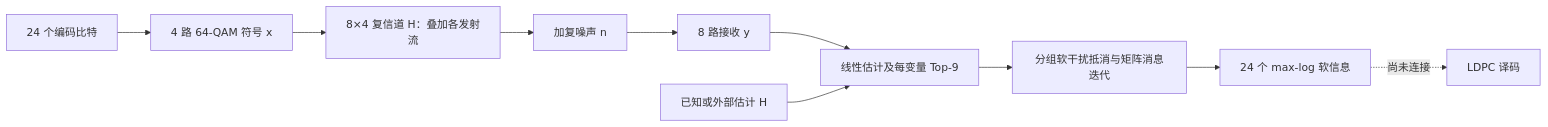
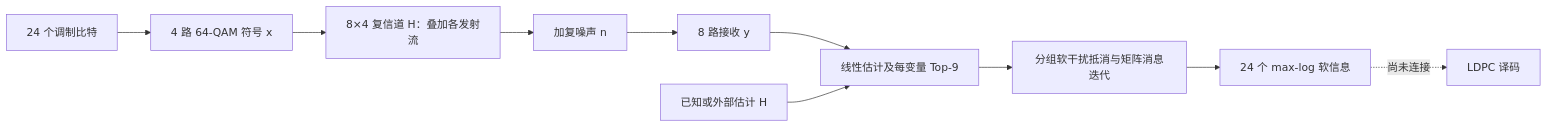
One commit to AllenXu-weihao/-0 changed the first of 2 diagrams in 文档/matlab建模文档/05_1103_数学物理位宽与时序审计.md. Above: the diagram before and after it, drawn with Mermaid. The commit also changed other lines of this file and 191 other files, not shown here.

````diff
--- a/文档/matlab建模文档/05_1103_数学物理位宽与时序审计.md
+++ b/文档/matlab建模文档/05_1103_数学物理位宽与时序审计.md
@@ -63,12 +63,12 @@
 ```mermaid
 flowchart LR
-  b[24 个编码比特] --> q[4 路 64-QAM 符号 x]
+  b[24 个调制比特] --> q[4 路 64-QAM 符号 x]
   q --> h[8×4 复信道 H：叠加各发射流]
   h --> s[加复噪声 n]
   s --> y[8 路接收 y]
   y --> fe[线性估计及每变量 Top-9]
   hc[已知或外部估计 H] --> fe
   fe --> it[分组软干扰抵消与矩阵消息迭代]
   it --> llr[24 个 max-log 软信息]
   llr -.尚未连接.-> ldpc[LDPC 译码]
 ```
````
